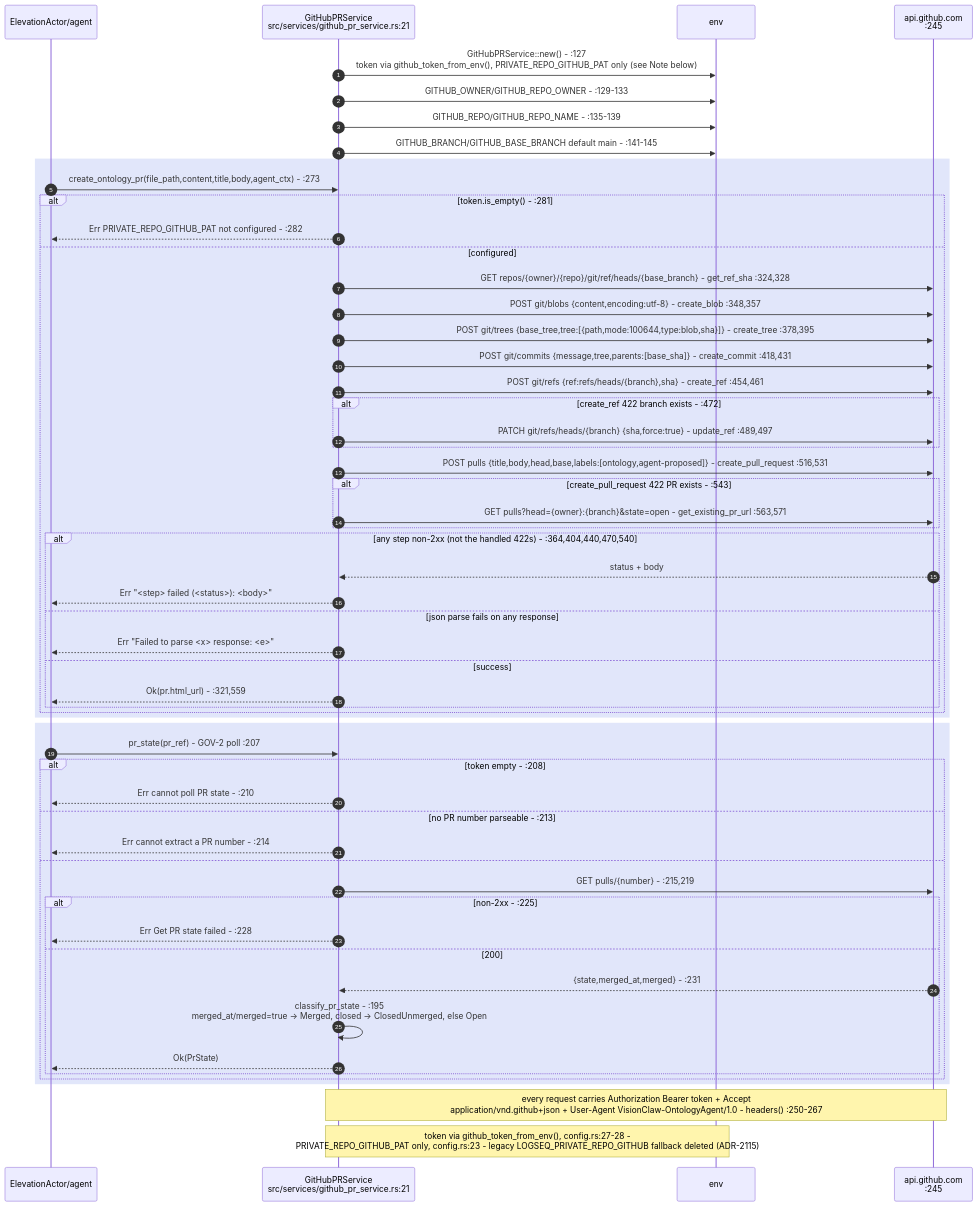
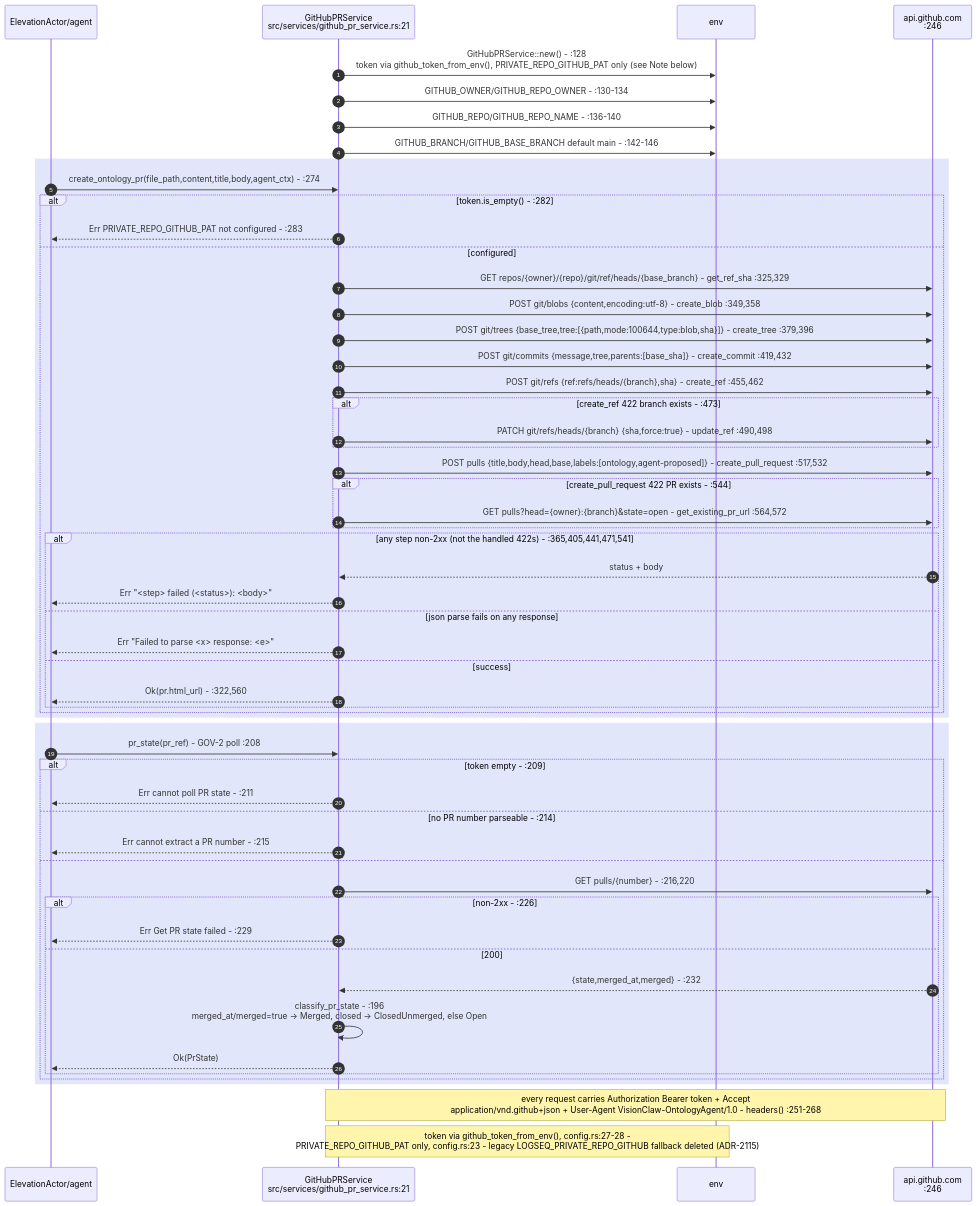
The sixth of 8 diagrams in docs/diagrams/visionclaw/28-external-services.md (DreamLab-AI/VisionFlow), drawn with Mermaid before and after one commit. The commit also changed other lines of this file and 160 other files, not shown here.

````diff
--- a/docs/diagrams/visionclaw/28-external-services.md
+++ b/docs/diagrams/visionclaw/28-external-services.md
@@ -263,61 +267,61 @@
 ```mermaid
 sequenceDiagram
     autonumber
     participant Caller as ElevationActor/agent
     participant GH as GitHubPRService<br/>src/services/github_pr_service.rs:21
     participant ENV as env
-    participant API as api.github.com<br/>:245
+    participant API as api.github.com<br/>:246
 
-    GH->>ENV: GitHubPRService::new() - :127<br/>token via github_token_from_env(), PRIVATE_REPO_GITHUB_PAT only (see Note below)
-    GH->>ENV: GITHUB_OWNER/GITHUB_REPO_OWNER - :129-133
-    GH->>ENV: GITHUB_REPO/GITHUB_REPO_NAME - :135-139
-    GH->>ENV: GITHUB_BRANCH/GITHUB_BASE_BRANCH default main - :141-145
+    GH->>ENV: GitHubPRService::new() - :128<br/>token via github_token_from_env(), PRIVATE_REPO_GITHUB_PAT only (see Note below)
+    GH->>ENV: GITHUB_OWNER/GITHUB_REPO_OWNER - :130-134
+    GH->>ENV: GITHUB_REPO/GITHUB_REPO_NAME - :136-140
+    GH->>ENV: GITHUB_BRANCH/GITHUB_BASE_BRANCH default main - :142-146
 
     rect rgb(225,230,250)
-    Caller->>GH: create_ontology_pr(file_path,content,title,body,agent_ctx) - :273
-    alt token.is_empty() - :281
-        GH-->>Caller: Err PRIVATE_REPO_GITHUB_PAT not configured - :282
+    Caller->>GH: create_ontology_pr(file_path,content,title,body,agent_ctx) - :274
+    alt token.is_empty() - :282
+        GH-->>Caller: Err PRIVATE_REPO_GITHUB_PAT not configured - :283
     else configured
-        GH->>API: GET repos/{owner}/{repo}/git/ref/heads/{base_branch} - get_ref_sha :324,328
-        GH->>API: POST git/blobs {content,encoding:utf-8} - create_blob :348,357
-        GH->>API: POST git/trees {base_tree,tree:[{path,mode:100644,type:blob,sha}]} - create_tree :378,395
-        GH->>API: POST git/commits {message,tree,parents:[base_sha]} - create_commit :418,431
-        GH->>API: POST git/refs {ref:refs/heads/{branch},sha} - create_ref :454,461
-        alt create_ref 422 branch exists - :472
-            GH->>API: PATCH git/refs/heads/{branch} {sha,force:true} - update_ref :489,497
+        GH->>API: GET repos/{owner}/{repo}/git/ref/heads/{base_branch} - get_ref_sha :325,329
+        GH->>API: POST git/blobs {content,encoding:utf-8} - create_blob :349,358
+        GH->>API: POST git/trees {base_tree,tree:[{path,mode:100644,type:blob,sha}]} - create_tree :379,396
+        GH->>API: POST git/commits {message,tree,parents:[base_sha]} - create_commit :419,432
+        GH->>API: POST git/refs {ref:refs/heads/{branch},sha} - create_ref :455,462
+        alt create_ref 422 branch exists - :473
+            GH->>API: PATCH git/refs/heads/{branch} {sha,force:true} - update_ref :490,498
         end
-        GH->>API: POST pulls {title,body,head,base,labels:[ontology,agent-proposed]} - create_pull_request :516,531
-        alt create_pull_request 422 PR exists - :543
-            GH->>API: GET pulls?head={owner}:{branch}&state=open - get_existing_pr_url :563,571
+        GH->>API: POST pulls {title,body,head,base,labels:[ontology,agent-proposed]} - create_pull_request :517,532
+        alt create_pull_request 422 PR exists - :544
+            GH->>API: GET pulls?head={owner}:{branch}&state=open - get_existing_pr_url :564,572
         end
-        alt any step non-2xx (not the handled 422s) - :364,404,440,470,540
+        alt any step non-2xx (not the handled 422s) - :365,405,441,471,541
             API-->>GH: status + body
             GH-->>Caller: Err "<step> failed (<status>): <body>"
         else json parse fails on any response
             GH-->>Caller: Err "Failed to parse <x> response: <e>"
         else success
-            GH-->>Caller: Ok(pr.html_url) - :321,559
+            GH-->>Caller: Ok(pr.html_url) - :322,560
         end
     end
     end
 
     rect rgb(225,230,250)
-    Caller->>GH: pr_state(pr_ref) - GOV-2 poll :207
-    alt token empty - :208
-        GH-->>Caller: Err cannot poll PR state - :210
-    else no PR number parseable - :213
-        GH-->>Caller: Err cannot extract a PR number - :214
+    Caller->>GH: pr_state(pr_ref) - GOV-2 poll :208
+    alt token empty - :209
+        GH-->>Caller: Err cannot poll PR state - :211
+    else no PR number parseable - :214
+        GH-->>Caller: Err cannot extract a PR number - :215
     else
-        GH->>API: GET pulls/{number} - :215,219
-        alt non-2xx - :225
-            GH-->>Caller: Err Get PR state failed - :228
+        GH->>API: GET pulls/{number} - :216,220
+        alt non-2xx - :226
+            GH-->>Caller: Err Get PR state failed - :229
         else 200
-            API-->>GH: {state,merged_at,merged} - :231
-            GH->>GH: classify_pr_state - :195<br/>merged_at/merged=true -> Merged, closed -> ClosedUnmerged, else Open
+            API-->>GH: {state,merged_at,merged} - :232
+            GH->>GH: classify_pr_state - :196<br/>merged_at/merged=true -> Merged, closed -> ClosedUnmerged, else Open
             GH-->>Caller: Ok(PrState)
         end
     end
     end
-    Note over GH,API: every request carries Authorization Bearer token + Accept<br/>application/vnd.github+json + User-Agent VisionClaw-OntologyAgent/1.0 - headers() :250-267
+    Note over GH,API: every request carries Authorization Bearer token + Accept<br/>application/vnd.github+json + User-Agent VisionClaw-OntologyAgent/1.0 - headers() :251-268
     Note over GH,ENV: token via github_token_from_env(), config.rs:27-28 -<br/>PRIVATE_REPO_GITHUB_PAT only, config.rs:23 - legacy LOGSEQ_PRIVATE_REPO_GITHUB fallback deleted (ADR-2115)
 ```
````
